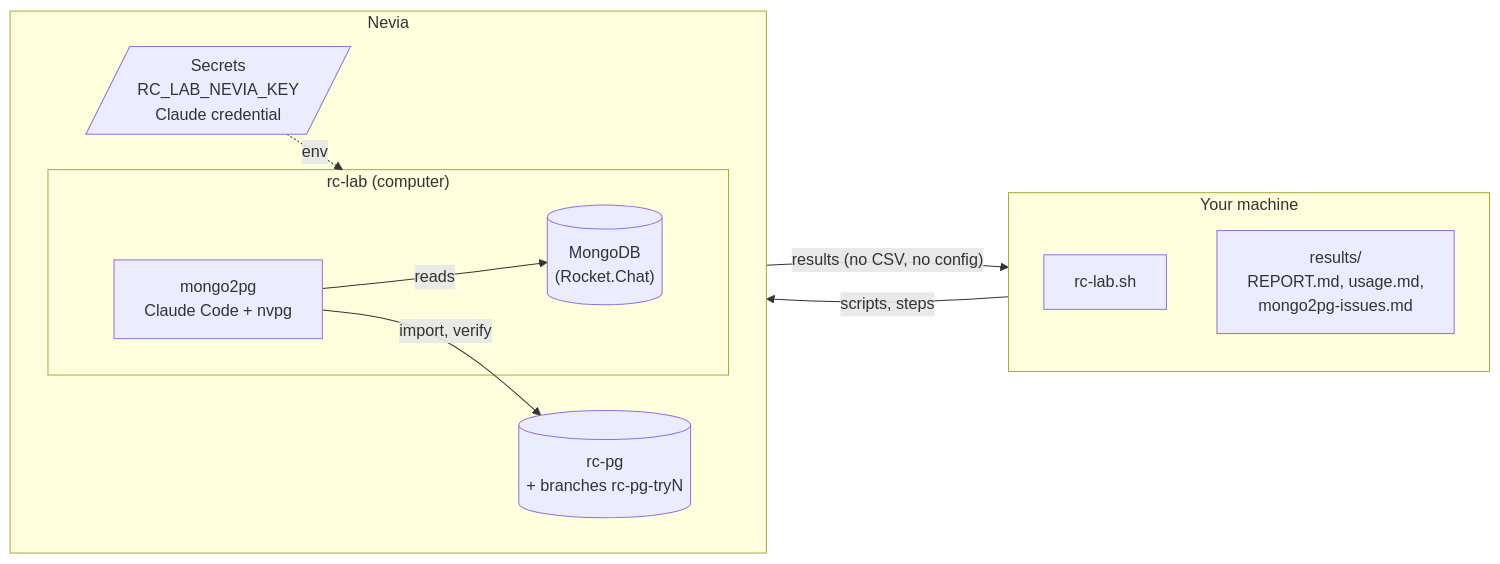
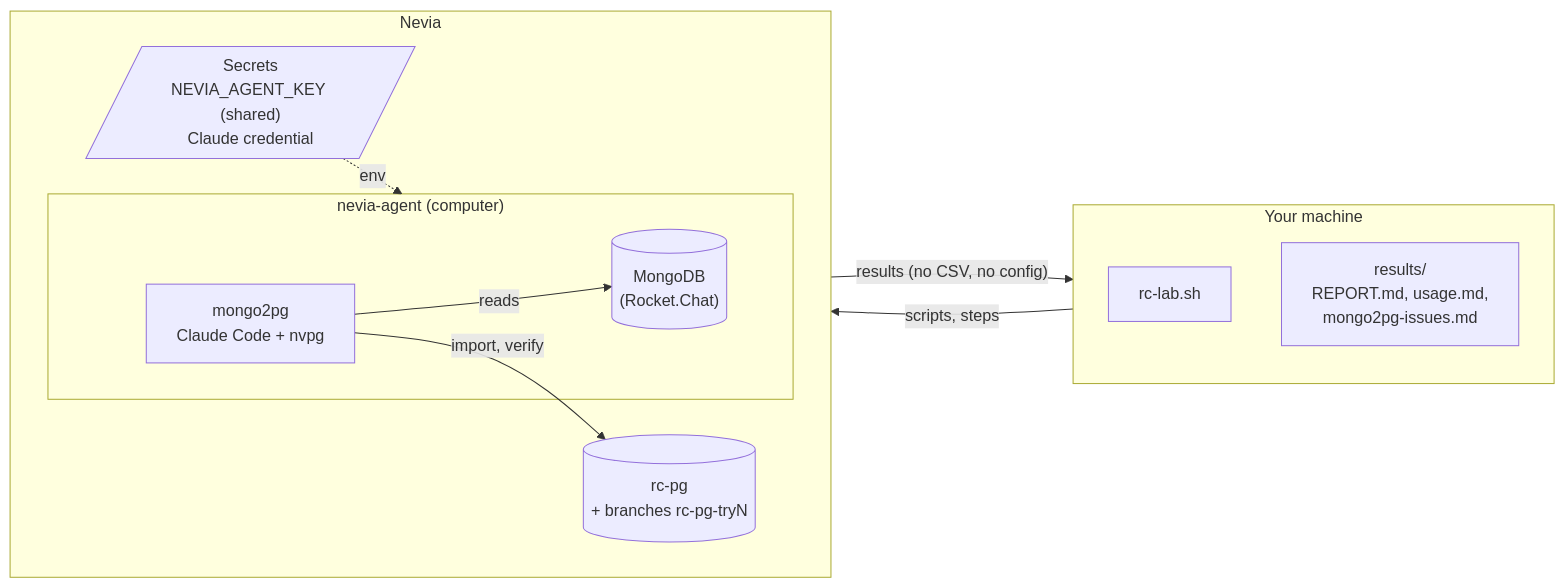
One commit to bertrandcedric/nevia-agent changed the first of 3 diagrams in uc1/README.md. Above: the diagram before and after it, drawn with Mermaid. The commit also changed other lines of this file and 52 other files, not shown here.

````diff
--- a/uc1/README.md
+++ b/uc1/README.md
@@ -7,24 +7,24 @@
 ```mermaid
 flowchart LR
     subgraph local["Your machine"]
         direction TB
         cli["rc-lab.sh"]
         res["results/<br/>REPORT.md, usage.md,<br/>mongo2pg-issues.md"]
     end
 
     subgraph nevia["Nevia"]
         direction LR
-        secrets[/"Secrets<br/>RC_LAB_NEVIA_KEY<br/>Claude credential"/]
-        subgraph lab["rc-lab (computer)"]
+        secrets[/"Secrets<br/>NEVIA_AGENT_KEY (shared)<br/>Claude credential"/]
+        subgraph lab["nevia-agent (computer)"]
             mongo[("MongoDB<br/>(Rocket.Chat)")]
             tools["mongo2pg<br/>Claude Code + nvpg"]
         end
         pg[("rc-pg<br/>+ branches rc-pg-tryN")]
     end
 
     cli -- "scripts, steps" --> lab
     secrets -. "env" .-> lab
     tools -- "reads" --> mongo
     tools -- "import, verify" --> pg
     lab -- "results (no CSV, no config)" --> res
 ```
````
